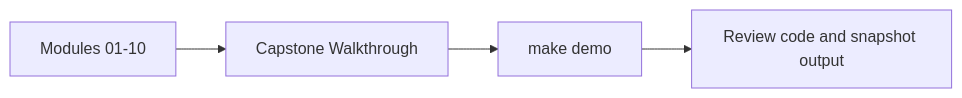
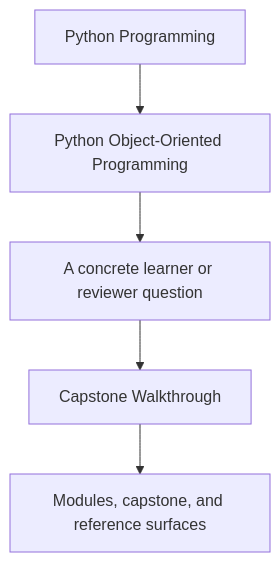
Before and after one commit to bijux/bijux-masterclass: the first of 2 diagrams in programs/python-programming/python-object-oriented-programming/course-book/guides/capstone-walkthrough.md, drawn with Mermaid. The commit also changed other lines of this file and 23 other files, not shown here.

Commit message:
docs(python-object-oriented-programming): sharpen guide and reference diagrams

````diff
--- a/programs/python-programming/python-object-oriented-programming/course-book/guides/capstone-walkthrough.md
+++ b/programs/python-programming/python-object-oriented-programming/course-book/guides/capstone-walkthrough.md
@@ -7,6 +7,7 @@
 ```mermaid
-graph LR
-  modules["Modules 01-10"] --> walkthrough["Capstone Walkthrough"]
-  walkthrough --> demo["make demo"]
-  demo --> review["Review code and snapshot output"]
+flowchart TD
+  family["Python Programming"] --> program["Python Object-Oriented Programming"]
+  program --> pressure["A concrete learner or reviewer question"]
+  pressure --> guide["Capstone Walkthrough"]
+  guide --> next["Modules, capstone, and reference surfaces"]
 ```
````
